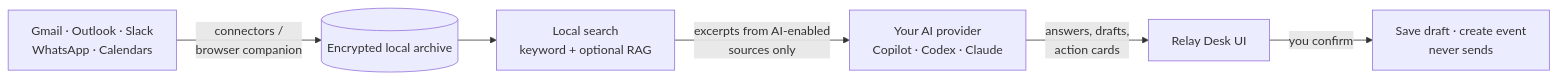
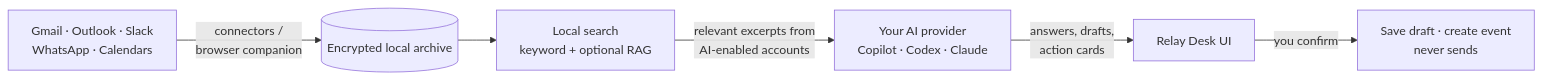
Before and after one commit to Ai4Innov/relaydesk: the second of 2 diagrams in README.md, drawn with Mermaid. The commit also changed other lines of this file and 22 other files, not shown here.

````diff
--- a/README.md
+++ b/README.md
@@ -63,8 +104,8 @@
 ```mermaid
 flowchart LR
     P["Gmail · Outlook · Slack<br/>WhatsApp · Calendars"] -->|"connectors /<br/>browser companion"| A[("Encrypted local archive")]
     A --> S["Local search<br/>keyword + optional RAG"]
-    S -->|"excerpts from AI-enabled<br/>sources only"| C["Your AI provider<br/>Copilot · Codex · Claude"]
+    S -->|"relevant excerpts from<br/>AI-enabled accounts"| C["Your AI provider<br/>Copilot · Codex · Claude"]
     C -->|"answers, drafts,<br/>action cards"| U["Relay Desk UI"]
     U -->|"you confirm"| W["Save draft · create event<br/>never sends"]
 ```
````
